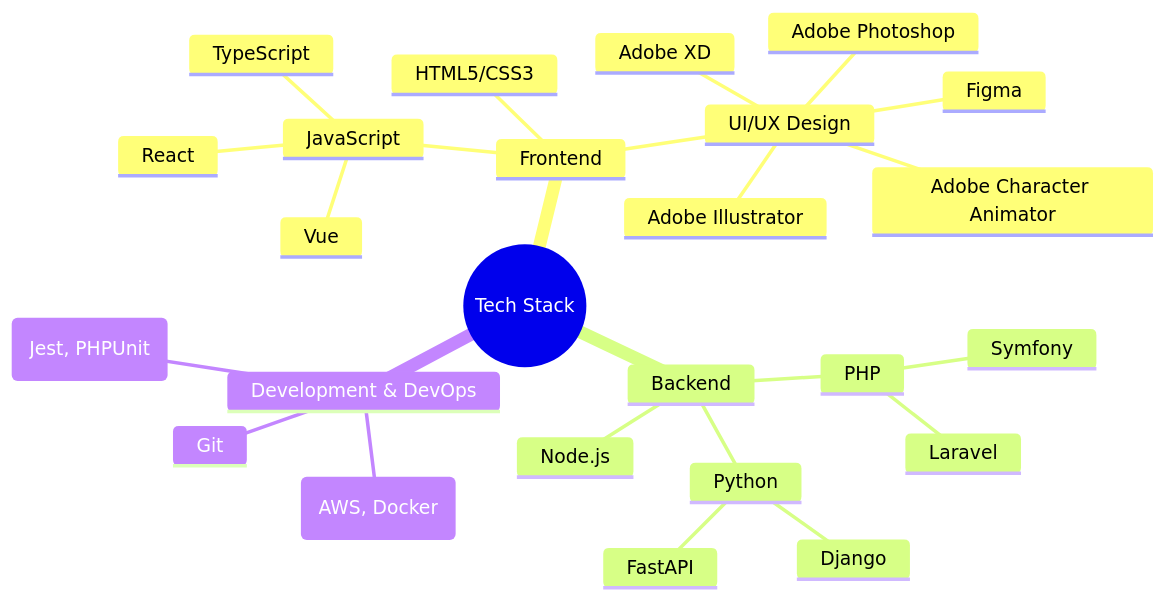
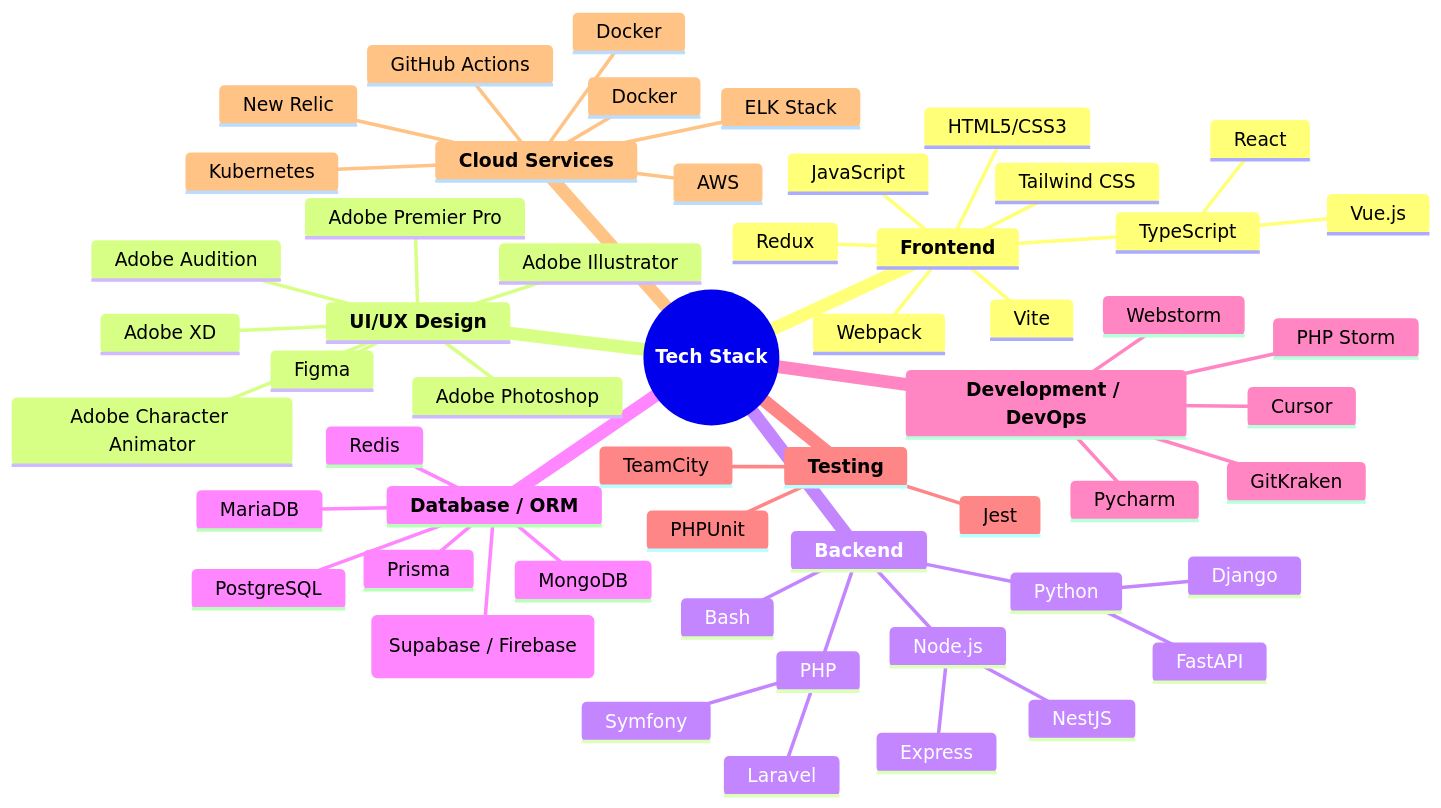
The diagram in README.md (PasperFection/PasperFection), drawn with Mermaid before and after one commit. The commit also changed other lines of this file, not shown here.

````diff
--- a/README.md
+++ b/README.md
@@ -9,28 +20,59 @@
 ```mermaid
 mindmap
-    root((Tech Stack))
-        Frontend
+    root((**Tech Stack**))
+        **Frontend**
             HTML5/CSS3
             JavaScript
-                TypeScript
+            TypeScript
                 React
-                Vue
-            UI/UX Design
+                Vue.js
+            Redux
+            Tailwind CSS
+            Webpack
+            Vite
+        **UI/UX Design**
                 Figma
                 Adobe XD
                 Adobe Illustrator
                 Adobe Photoshop
                 Adobe Character Animator
-        Backend
+                Adobe Premier Pro
+                Adobe Audition
+        **Backend**
+            Bash
             PHP
                 Laravel
                 Symfony
             Python
                 Django
                 FastAPI
             Node.js
-        Development & DevOps
-            Git
-            Testing (Jest, PHPUnit)
-            Cloud Services (AWS, Docker)
+                Express
+                NestJS
+        **Database / ORM**
+            MariaDB
+            MongoDB
+            Redis
+            PostgreSQL
+            Prisma
+            Cloud Services (Supabase / Firebase)        
+        **Development / DevOps**
+            Cursor
+            GitKraken
+            Pycharm
+            Webstorm
+            PHP Storm
+        **Testing**
+            Jest
+            PHPUnit
+            TeamCity
+
+        **Cloud Services**
+            AWS
+            Docker
+            Kubernetes
+            New Relic
+            Docker
+            GitHub Actions
+            ELK Stack
 ```
````
